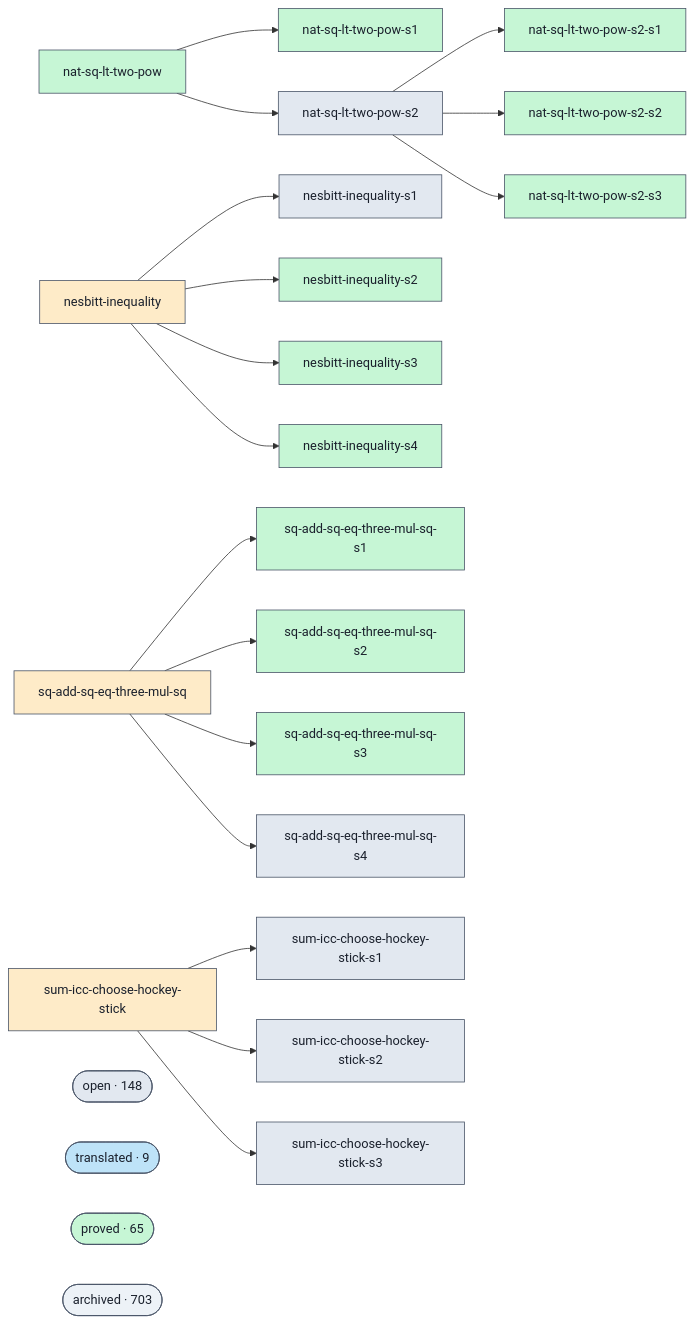
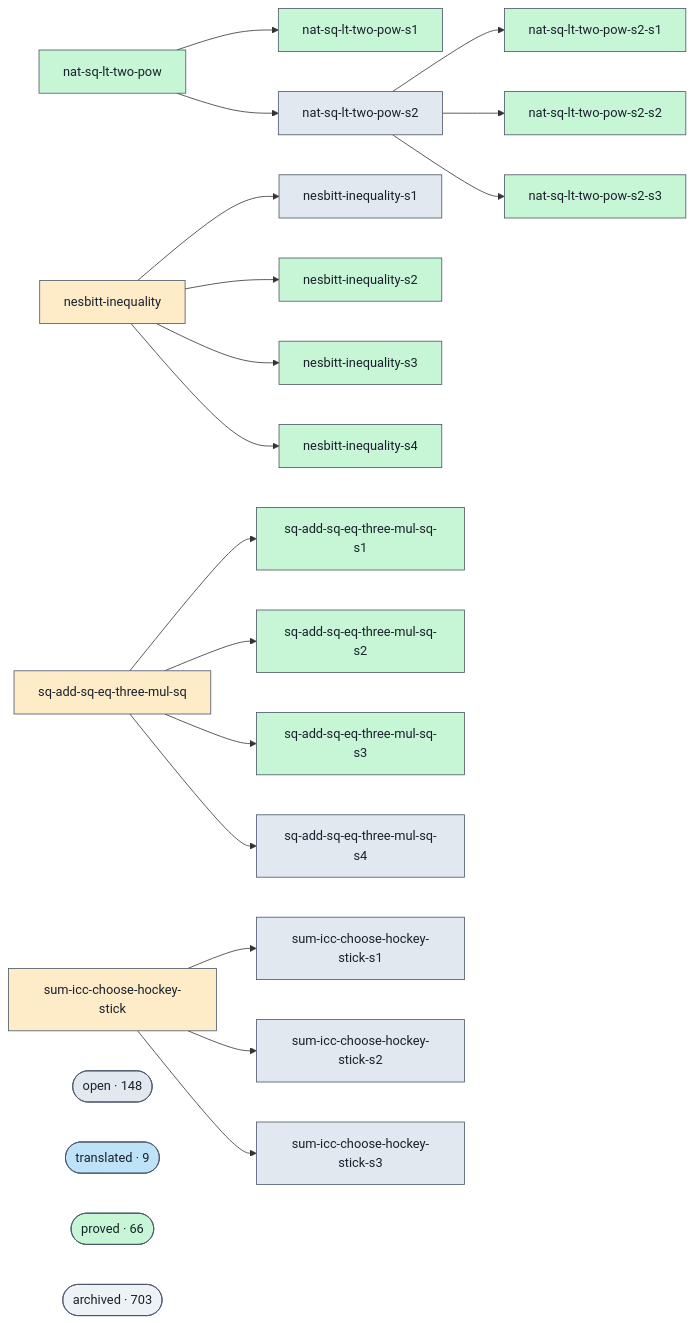
One commit to ohdearquant/unsorry changed the diagram in docs/proofs-contributors-visualisation.md. Above: the diagram before and after it, drawn with Mermaid. The commit also changed other lines of this file and 2 other files, not shown here.

```diff
--- a/docs/proofs-contributors-visualisation.md
+++ b/docs/proofs-contributors-visualisation.md
@@ -102,7 +102,7 @@
   class cluster_open open;
   cluster_translated(["translated · 9"])
   class cluster_translated translated;
-  cluster_proved(["proved · 65"])
+  cluster_proved(["proved · 66"])
   class cluster_proved proved;
   cluster_archived(["archived · 703"])
   class cluster_archived unknown;
```
